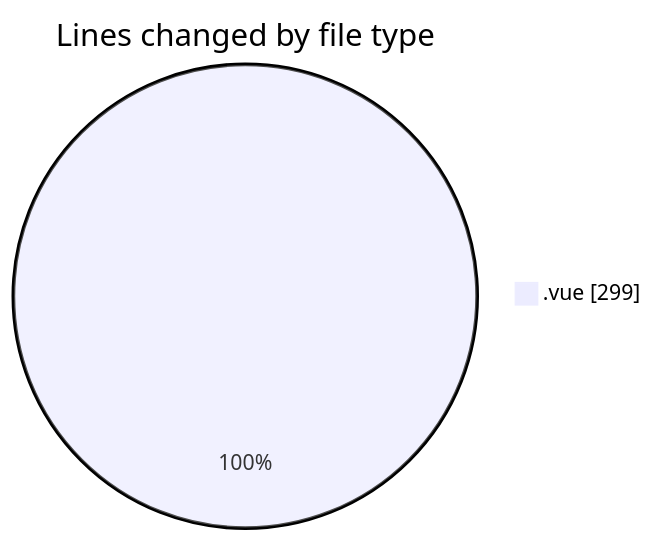
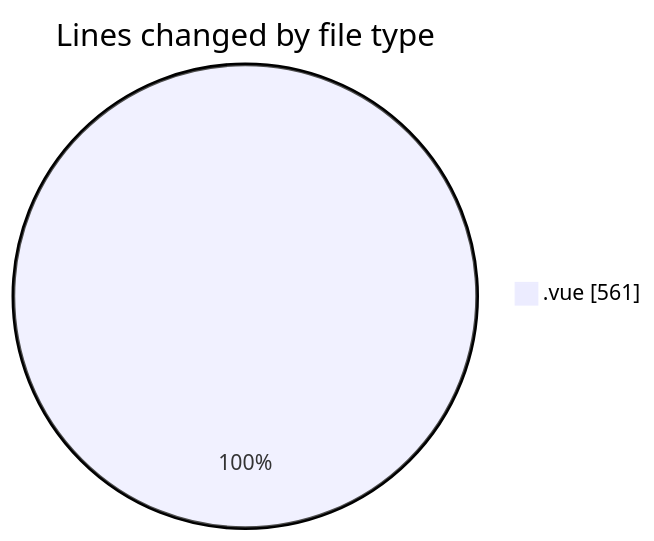
One commit to robertbonfada/code-tracking changed the first of 2 diagrams in 2025-03-14/lumine-web/README.md. Above: the diagram before and after it, drawn with Mermaid. The commit also changed other lines of this file and 1 other file, not shown here.

````diff
--- a/2025-03-14/lumine-web/README.md
+++ b/2025-03-14/lumine-web/README.md
@@ -21,5 +22,5 @@
 ```mermaid
 pie showData
 title Lines changed by file type
-".vue" : 299
+".vue" : 561
 ```
````
